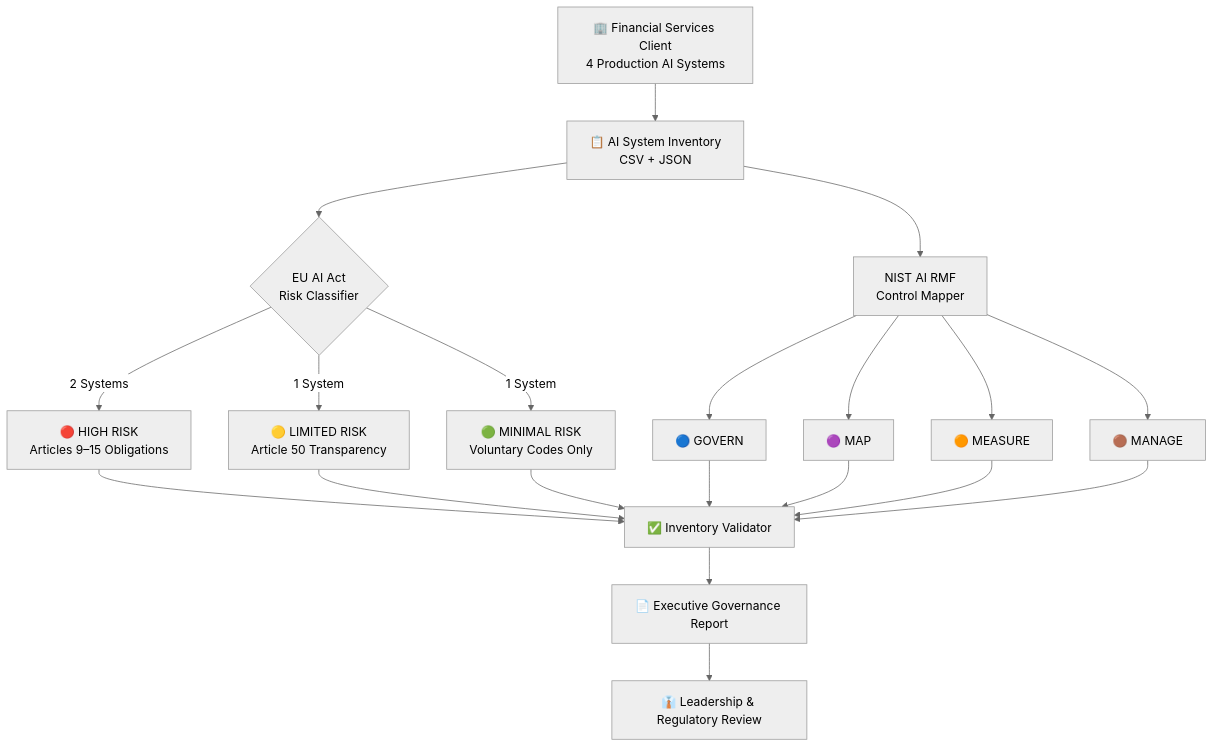
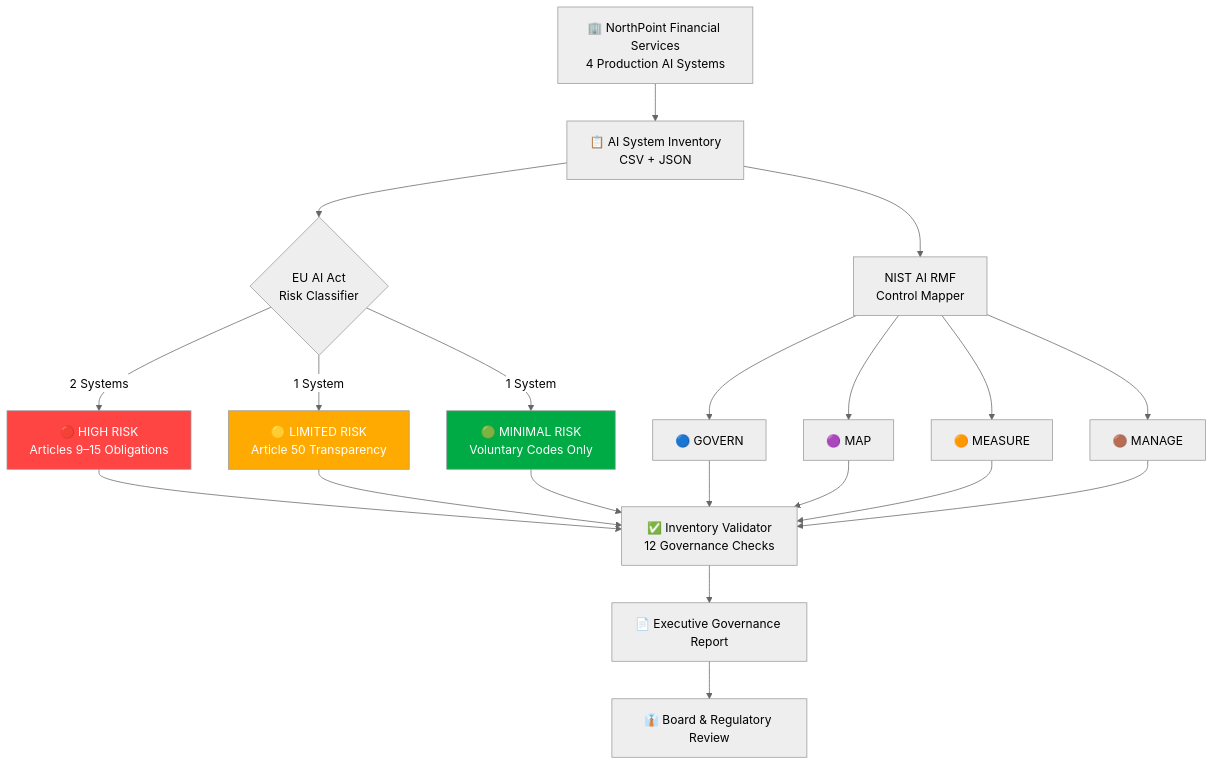
One commit to franciscovfonseca/AI-System-Inventory changed the first of 3 diagrams in README.md. Above: the diagram before and after it, drawn with Mermaid (neutral theme). The commit also changed other lines of this file, not shown here.

````diff
--- a/README.md
+++ b/README.md
@@ -39,22 +55,26 @@
 ```mermaid
 flowchart TD
-    A[🏢 Financial Services Client\n4 Production AI Systems] --> B[📋 AI System Inventory\nCSV + JSON]
+    A[🏢 NorthPoint Financial Services\n4 Production AI Systems] --> B[📋 AI System Inventory\nCSV + JSON]
 
     B --> C{EU AI Act\nRisk Classifier}
     B --> G[NIST AI RMF\nControl Mapper]
 
     C -->|2 Systems| D[🔴 HIGH RISK\nArticles 9–15 Obligations]
     C -->|1 System| E[🟡 LIMITED RISK\nArticle 50 Transparency]
     C -->|1 System| F[🟢 MINIMAL RISK\nVoluntary Codes Only]
 
     G --> H[🔵 GOVERN]
     G --> I[🟣 MAP]
     G --> J[🟠 MEASURE]
     G --> K[🟤 MANAGE]
 
-    D & E & F --> L[✅ Inventory Validator]
+    D & E & F --> L[✅ Inventory Validator\n12 Governance Checks]
     H & I & J & K --> L
 
     L --> M[📄 Executive Governance Report]
-    M --> N[👔 Leadership & Regulatory Review]
+    M --> N[👔 Board & Regulatory Review]
+
+    style D fill:#ff4444,color:#fff
+    style E fill:#ffaa00,color:#fff
+    style F fill:#00aa44,color:#fff
 ```
````
